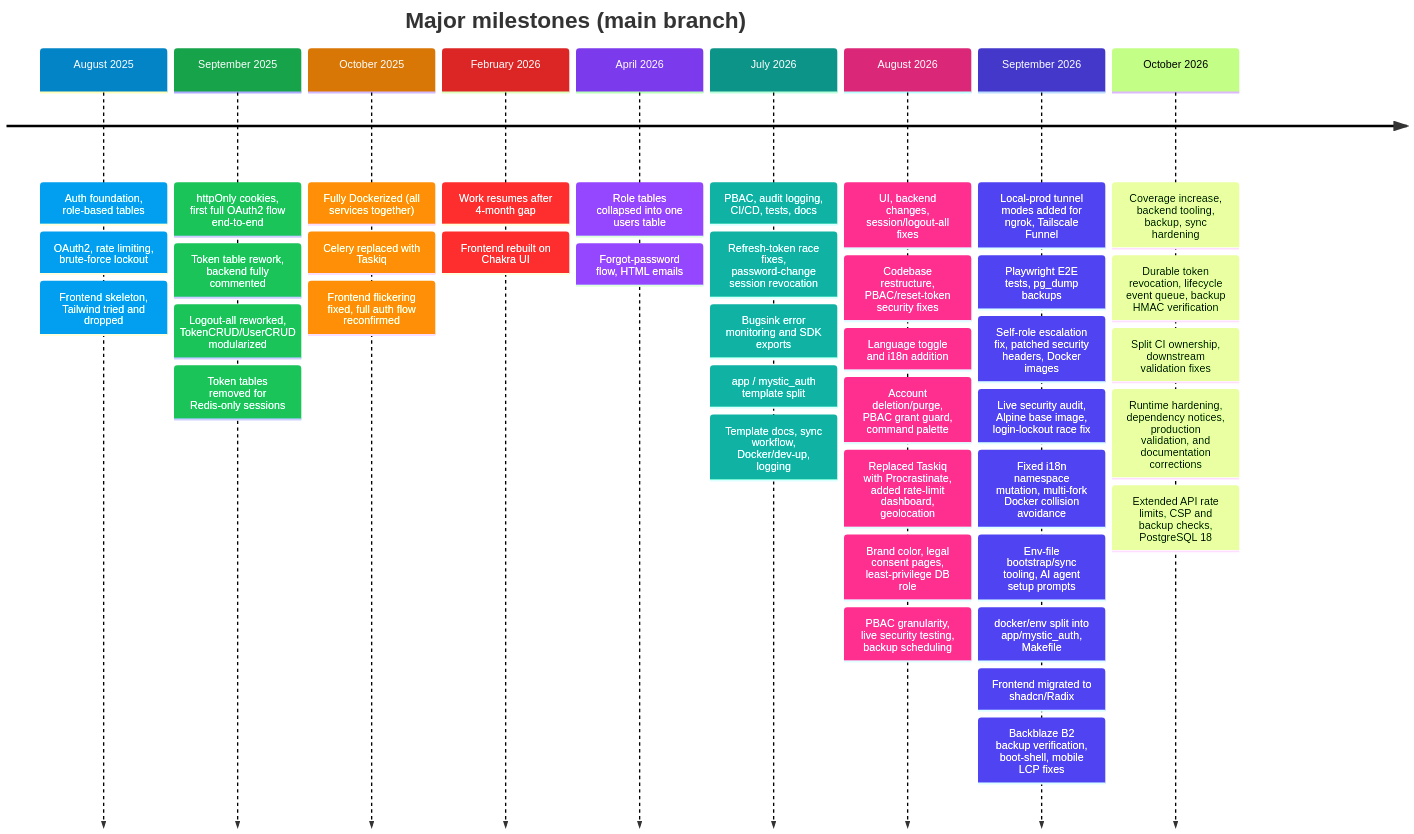
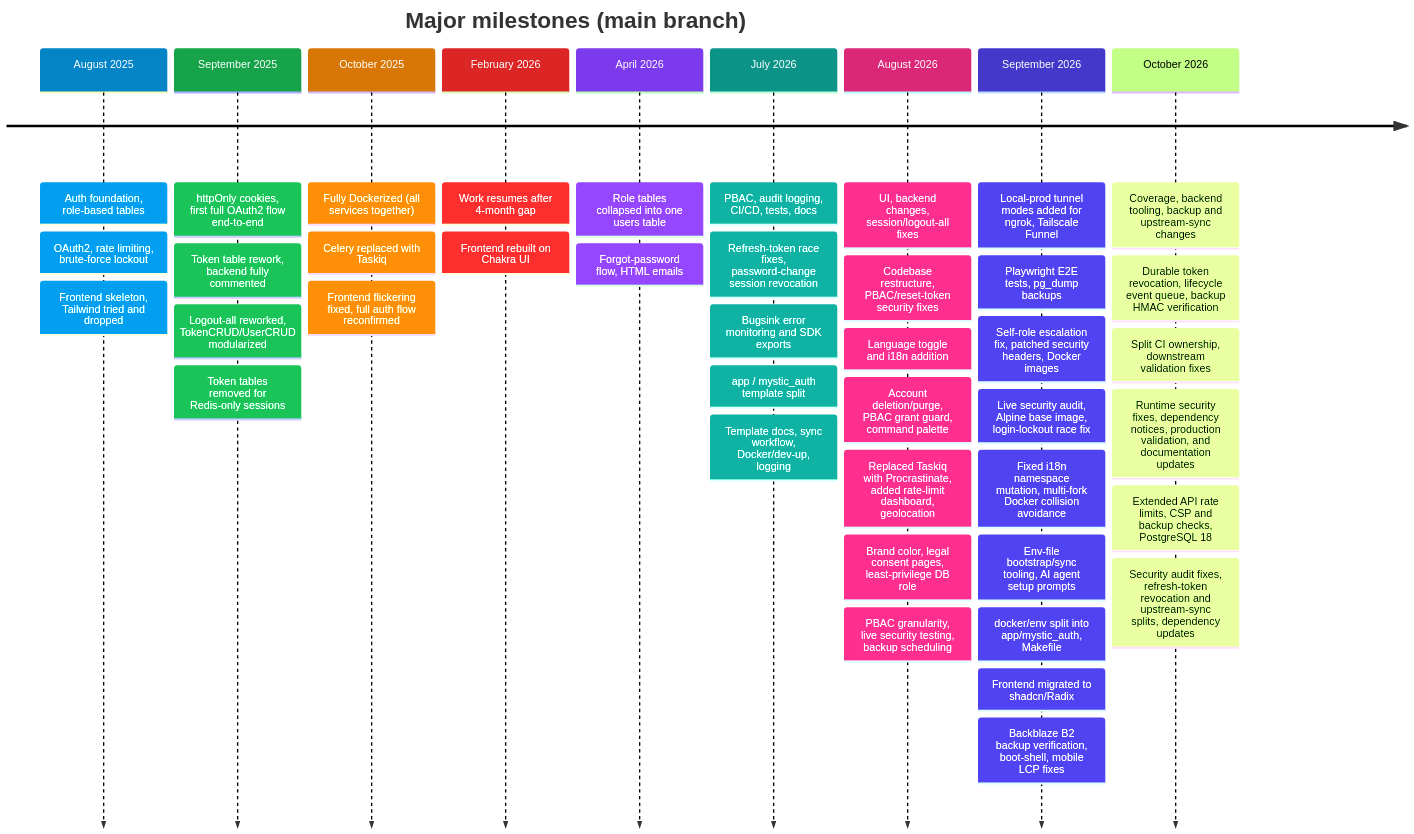
One commit to Nachiket-2024/mystic-auth changed the diagram in docs/mystic_auth/project-story/timeline/README.md. Above: the diagram before and after it, drawn with Mermaid. The commit also changed other lines of this file and 497 other files, not shown here.

Commit message:
Fixed security audit findings, split refresh-token revocation and upstream sync workflow

````diff
--- a/docs/mystic_auth/project-story/timeline/README.md
+++ b/docs/mystic_auth/project-story/timeline/README.md
@@ -39,45 +39,46 @@
 ```mermaid
 %%{init: {"themeVariables":{"fontSize":"16px","lineColor":"#334155","cScale0":"#0284c7","cScale1":"#16a34a","cScale2":"#d97706","cScale3":"#dc2626","cScale4":"#7c3aed","cScale5":"#0d9488","cScale6":"#db2777","cScale7":"#4338ca","cScaleLabel0":"#ffffff","cScaleLabel1":"#ffffff","cScaleLabel2":"#ffffff","cScaleLabel3":"#ffffff","cScaleLabel4":"#ffffff","cScaleLabel5":"#ffffff","cScaleLabel6":"#ffffff","cScaleLabel7":"#ffffff"}} }%%
 timeline
     title Major milestones (main branch)
     August 2025: Auth foundation, role-based tables
                 : OAuth2, rate limiting, brute-force lockout
                 : Frontend skeleton, Tailwind tried and dropped
     September 2025: httpOnly cookies, first full OAuth2 flow end-to-end
                    : Token table rework, backend fully commented
                    : Logout-all reworked, TokenCRUD/UserCRUD modularized
                    : Token tables removed for Redis-only sessions
     October 2025: Fully Dockerized (all services together)
                  : Celery replaced with Taskiq
                  : Frontend flickering fixed, full auth flow reconfirmed
     February 2026: Work resumes after 4-month gap
                   : Frontend rebuilt on Chakra UI
     April 2026: Role tables collapsed into one users table
                : Forgot-password flow, HTML emails
     July 2026: PBAC, audit logging, CI/CD, tests, docs
               : Refresh-token race fixes, password-change session revocation
               : Bugsink error monitoring and SDK exports
               : app / mystic_auth template split
               : Template docs, sync workflow, Docker/dev-up, logging
     August 2026: UI, backend changes, session/logout-all fixes
                 : Codebase restructure, PBAC/reset-token security fixes
                 : Language toggle and i18n addition
                 : Account deletion/purge, PBAC grant guard, command palette
                 : Replaced Taskiq with Procrastinate, added rate-limit dashboard, geolocation
                 : Brand color, legal consent pages, least-privilege DB role
                 : PBAC granularity, live security testing, backup scheduling
     September 2026: Local-prod tunnel modes added for ngrok, Tailscale Funnel
                    : Playwright E2E tests, pg_dump backups
                    : Self-role escalation fix, patched security headers, Docker images
                    : Live security audit, Alpine base image, login-lockout race fix
                    : Fixed i18n namespace mutation, multi-fork Docker collision avoidance
                    : Env-file bootstrap/sync tooling, AI agent setup prompts
                    : docker/env split into app/mystic_auth, Makefile
                    : Frontend migrated to shadcn/Radix
                    : Backblaze B2 backup verification, boot-shell, mobile LCP fixes
-    October 2026: Coverage increase, backend tooling, backup, sync hardening
+    October 2026: Coverage, backend tooling, backup and upstream-sync changes
                   : Durable token revocation, lifecycle event queue, backup HMAC verification
                   : Split CI ownership, downstream validation fixes
-                  : Runtime hardening, dependency notices, production validation, and documentation corrections
+                  : Runtime security fixes, dependency notices, production validation, and documentation updates
                   : Extended API rate limits, CSP and backup checks, PostgreSQL 18
+                  : Security audit fixes, refresh-token revocation and upstream-sync splits, dependency updates
 ```
````
